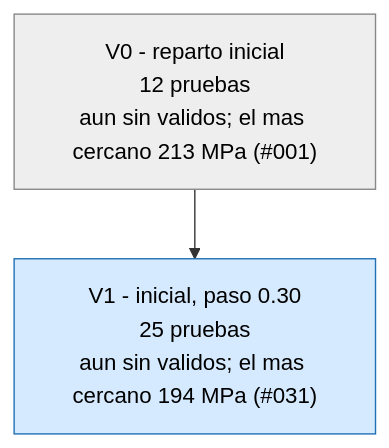
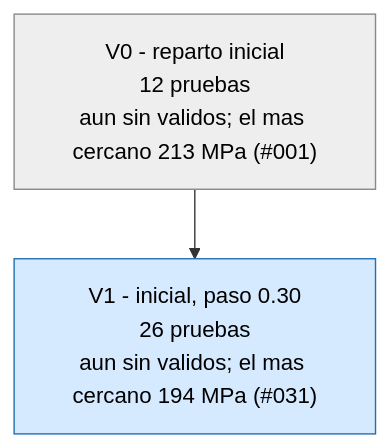
The first of 3 diagrams in runs/opt_37800N/ARBOL.md (Hugiko/msd-soporte-optimizacion), drawn with Mermaid before and after one commit. The commit also changed 14 other files, not shown here.

````diff
--- a/runs/opt_37800N/ARBOL.md
+++ b/runs/opt_37800N/ARBOL.md
@@ -9,9 +9,9 @@
 ```mermaid
 graph TD
 classDef activa fill:#d6eaff,stroke:#1f6fb5,color:#000
 classDef fin fill:#eeeeee,stroke:#888,color:#000
 classDef mejor fill:#c8f0c0,stroke:#1a9850,stroke-width:4px,color:#000
 V0["V0 - reparto inicial<br/>12 pruebas<br/>aun sin validos; el mas cercano 213 MPa (#001)"]:::fin
-V1["V1 - inicial, paso 0.30<br/>25 pruebas<br/>aun sin validos; el mas cercano 194 MPa (#031)"]:::activa
+V1["V1 - inicial, paso 0.30<br/>26 pruebas<br/>aun sin validos; el mas cercano 194 MPa (#031)"]:::activa
 V0 --> V1
 ```
````
